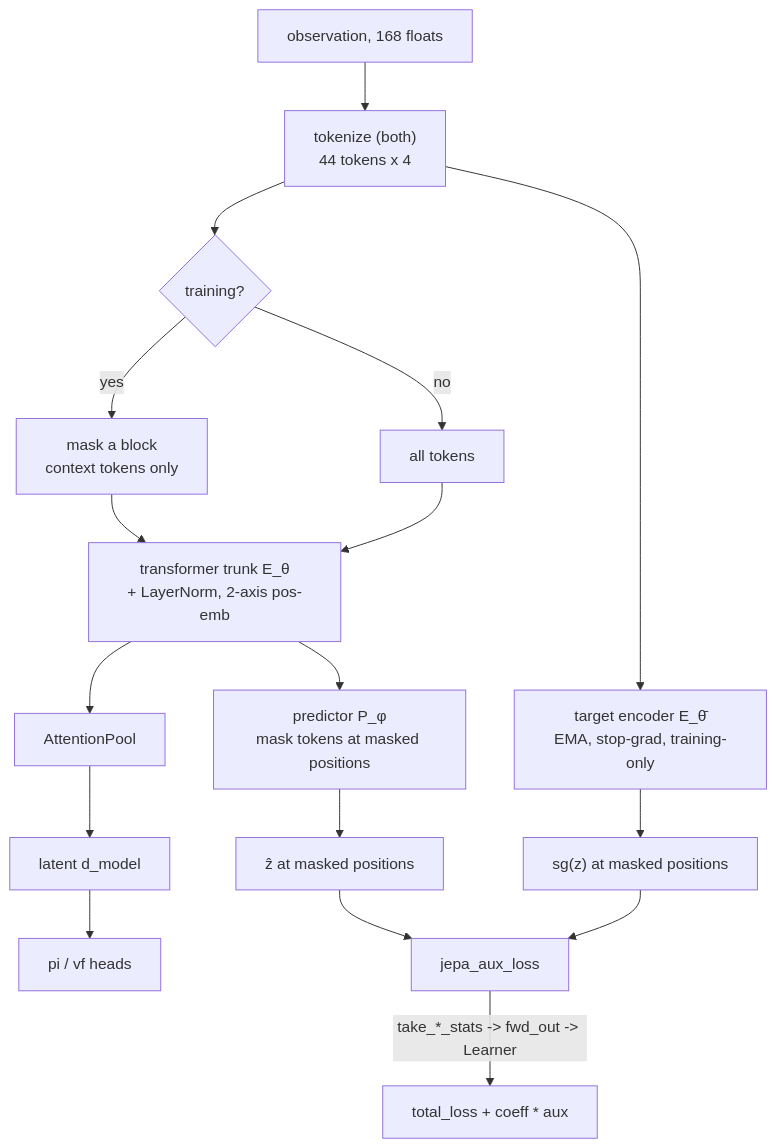
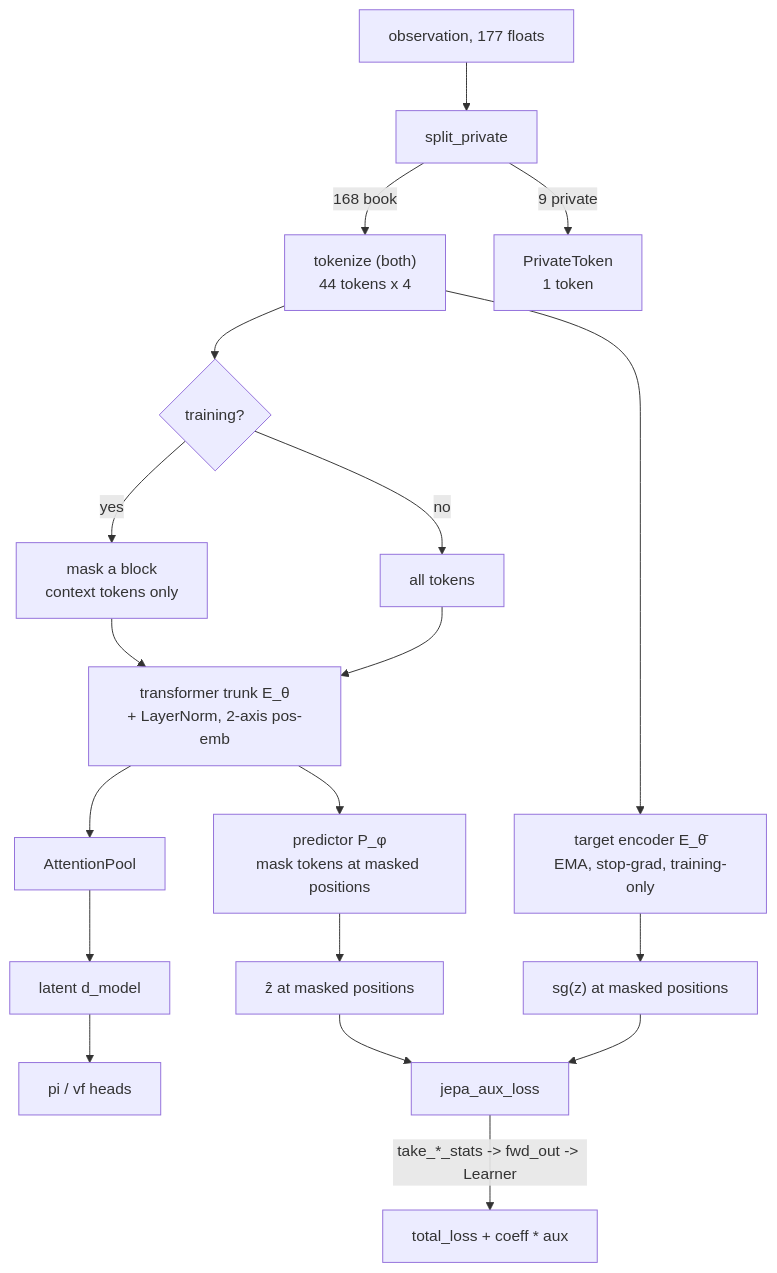
Before and after one commit to ChuaCheowHuan/gym-continuousDoubleAuction: the third of 4 diagrams in doc/22_jepa_integration.md, drawn with Mermaid. The commit also changed 27 other files, not shown here.

````diff
--- a/doc/22_jepa_integration.md
+++ b/doc/22_jepa_integration.md
@@ -298,17 +298,19 @@
 ```mermaid
 flowchart TD
-    OBS["observation, 168 floats"] --> TOK["tokenize (both)<br/>44 tokens x 4"]
+    OBS["observation, 177 floats"] --> SPLIT["split_private"]
+    SPLIT -->|"168 book"| TOK["tokenize (both)<br/>44 tokens x 4"]
+    SPLIT -->|"9 private"| PTOK["PrivateToken<br/>1 token"]
     TOK --> MASK{"training?"}
     MASK -->|"yes"| CTX["mask a block<br/>context tokens only"]
     MASK -->|"no"| FULL["all tokens"]
     CTX --> ENC["transformer trunk E_θ<br/>+ LayerNorm, 2-axis pos-emb"]
     FULL --> ENC
     TOK --> TENC["target encoder E_θ̄<br/>EMA, stop-grad, training-only"]
     ENC --> POOL["AttentionPool"] --> LAT["latent d_model"] --> HEADS["pi / vf heads"]
     ENC --> PRED["predictor P_φ<br/>mask tokens at masked positions"]
     PRED --> ZP["ẑ at masked positions"]
     TENC --> ZT["sg(z) at masked positions"]
     ZP --> AUX["jepa_aux_loss"]
     ZT --> AUX
     AUX -->|"take_*_stats -> fwd_out -> Learner"| OPT["total_loss + coeff * aux"]
 ```
````
